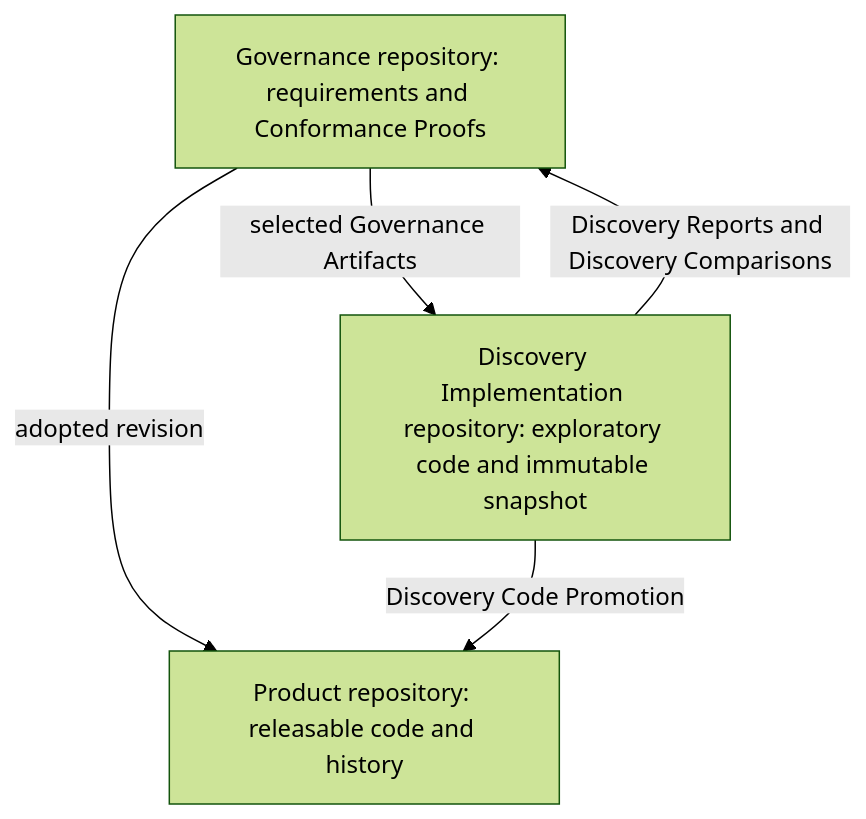
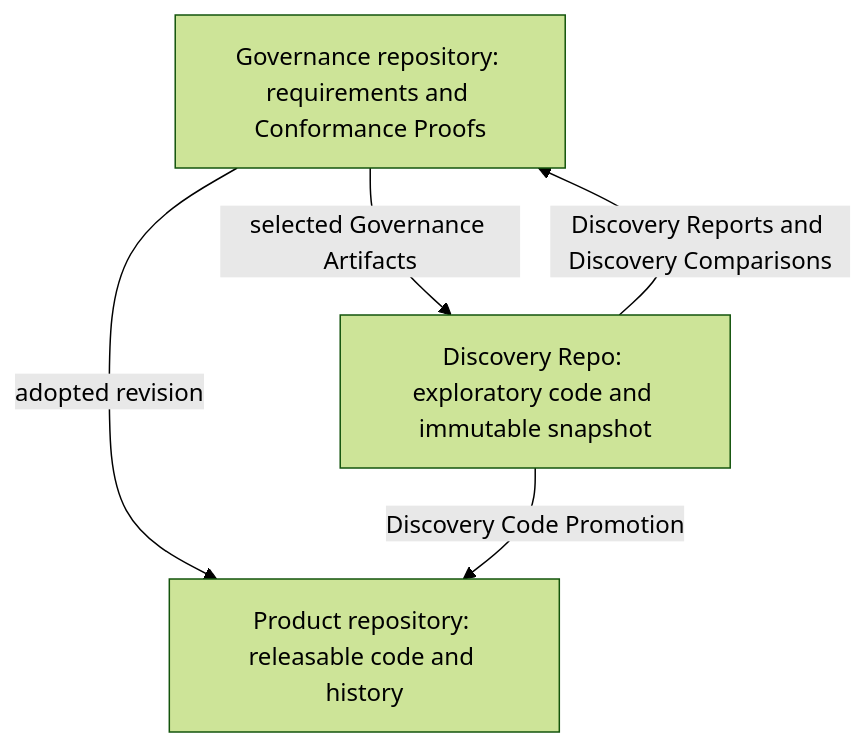
One commit to wadebee/blt-agent-skills changed the diagram in planning/handoffs/docs/01-architecture.md. Above: the diagram before and after it, drawn with Mermaid (forest theme). The commit also changed other lines of this file and 33 other files, not shown here.

First line of the commit message:
docs: clarify discovery terminology and adopt Discovery Repo

````diff
--- a/planning/handoffs/docs/01-architecture.md
+++ b/planning/handoffs/docs/01-architecture.md
@@ -5,10 +5,10 @@
 ```mermaid
 flowchart TD
     G[Governance repository: requirements and Conformance Proofs]
     P[Product repository: releasable code and history]
-    D[Discovery Implementation repository: exploratory code and immutable snapshot]
+    D[Discovery Repo: exploratory code and immutable snapshot]
     G -->|adopted revision| P
     G -->|selected Governance Artifacts| D
     D -->|Discovery Reports and Discovery Comparisons| G
     D -->|Discovery Code Promotion| P
 ```
````
